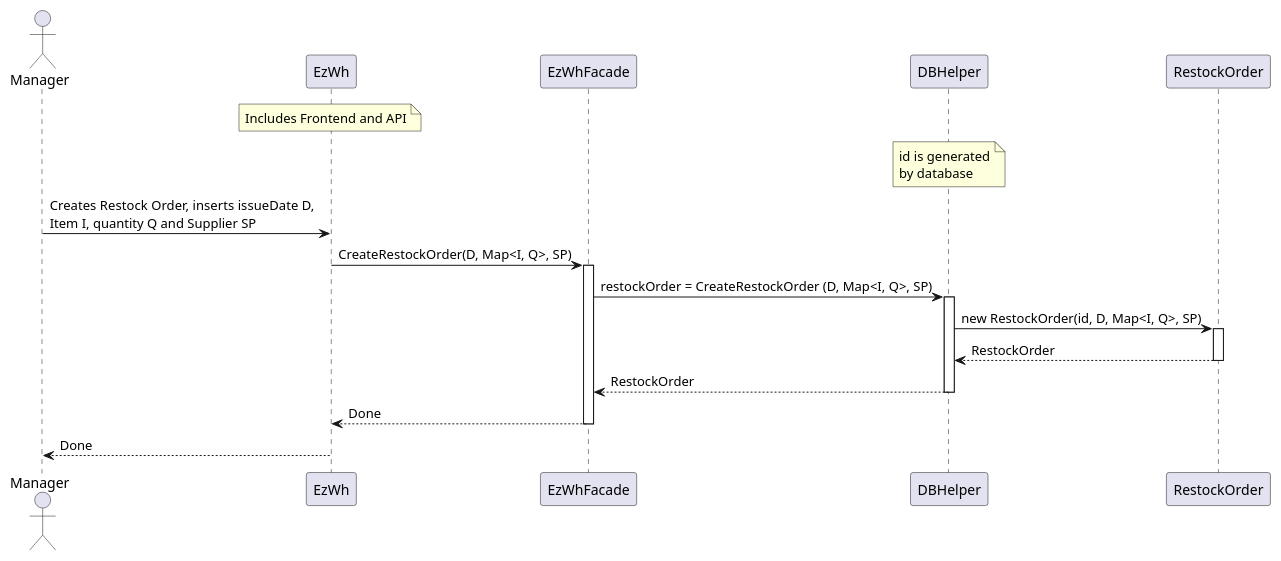
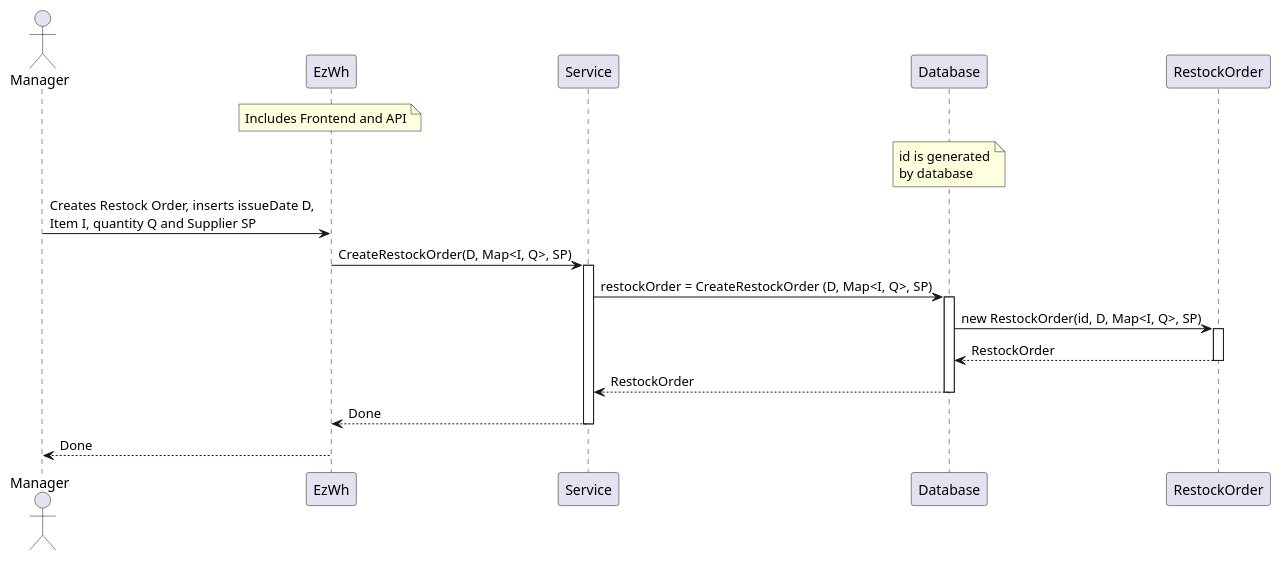
One commit to giuseppe-dandrea/EzWh changed the sixth of 12 diagrams in DesignDocument.md. Above: the diagram before and after it, drawn with PlantUML. The commit also changed other lines of this file and 3 other files, not shown here.

````diff
--- a/DesignDocument.md
+++ b/DesignDocument.md
@@ -662,24 +655,24 @@
 ```plantuml
 actor Manager
 participant EzWh
 note over EzWh: Includes Frontend and API
-participant EzWhFacade
-participant DBHelper
-note over DBHelper: id is generated\nby database
+participant Service
+participant Database
+note over Database: id is generated\nby database
 participant RestockOrder
 
 Manager -> EzWh: Creates Restock Order, inserts issueDate D,\nItem I, quantity Q and Supplier SP
-EzWh -> EzWhFacade: CreateRestockOrder(D, Map<I, Q>, SP)
-activate EzWhFacade
-EzWhFacade -> DBHelper: restockOrder = CreateRestockOrder (D, Map<I, Q>, SP)
-activate DBHelper
-DBHelper -> RestockOrder: new RestockOrder(id, D, Map<I, Q>, SP)
+EzWh -> Service: CreateRestockOrder(D, Map<I, Q>, SP)
+activate Service
+Service -> Database: restockOrder = CreateRestockOrder (D, Map<I, Q>, SP)
+activate Database
+Database -> RestockOrder: new RestockOrder(id, D, Map<I, Q>, SP)
 activate RestockOrder
-RestockOrder --> DBHelper: RestockOrder
+RestockOrder --> Database: RestockOrder
 Deactivate RestockOrder
-DBHelper --> EzWhFacade: RestockOrder
-deactivate DBHelper
-EzWhFacade --> EzWh: Done
-deactivate EzWhFacade
+Database --> Service: RestockOrder
+deactivate Database
+Service --> EzWh: Done
+deactivate Service
 EzWh --> Manager: Done
 ```
````
